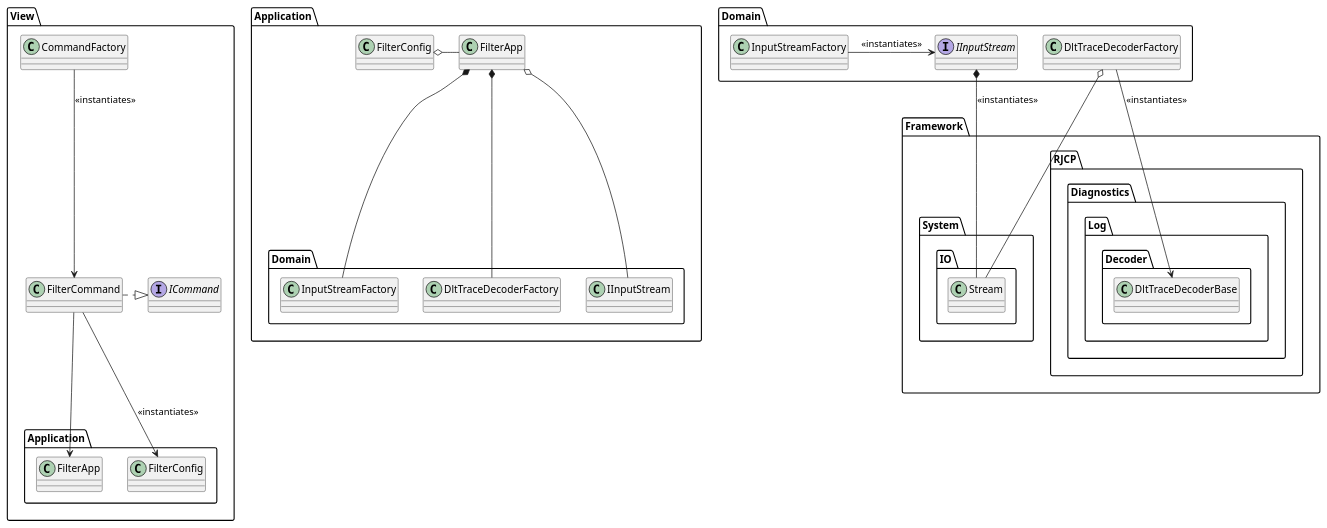
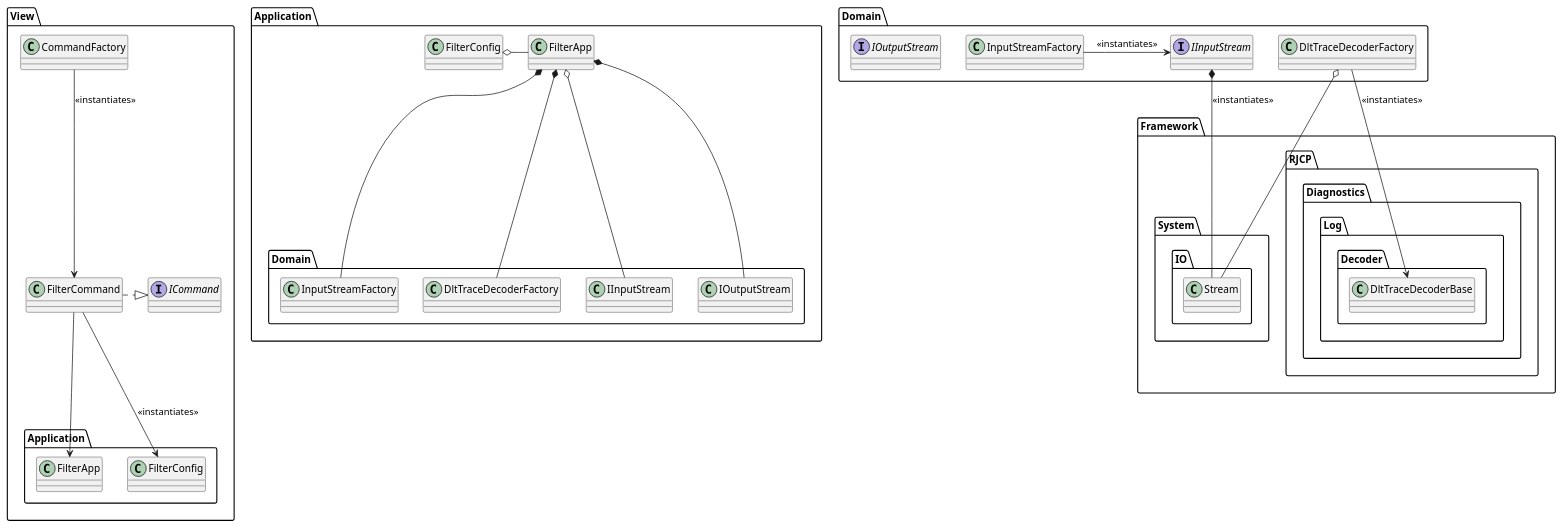
One commit to jcurl/RJCP.DLL.Log changed the diagram in apps/DltDump/docs/diagrams/appfilterinit.plantuml. Above: the diagram before and after it, drawn with PlantUML. The commit also changed 8 other files, not shown here.

```diff
--- a/apps/DltDump/docs/diagrams/appfilterinit.plantuml
+++ b/apps/DltDump/docs/diagrams/appfilterinit.plantuml
@@ -1,52 +1,54 @@
 @startuml App.Filter.Initialization
 
 namespace View {
     class CommandFactory
 
     interface ICommand
     class FilterCommand
 
     ICommand <|.l.FilterCommand
 
     CommandFactory --> FilterCommand : <<instantiates>>
 
     FilterCommand --> Application.FilterApp
     FilterCommand --> Application.FilterConfig : <<instantiates>>
 }
 
 'View.HelpCommand --> Framework.System.Console
 
 namespace Application {
     class FilterApp
     class FilterConfig
 
     FilterConfig o-r- FilterApp
 
     FilterApp *-d- Domain.InputStreamFactory
     FilterApp *-d- Domain.DltTraceDecoderFactory
     FilterApp o-d- Domain.IInputStream
+    FilterApp *-d- Domain.IOutputStream
 }
 
 namespace Domain {
     class InputStreamFactory
     interface IInputStream
     class DltTraceDecoderFactory
+    interface IOutputStream
 
     InputStreamFactory -r-> IInputStream : <<instantiates>>
 }
 
 namespace Framework {
     namespace System.IO {
         class Stream
     }
 
     namespace RJCP.Diagnostics.Log.Decoder {
         class DltTraceDecoderBase
     }
 
     Domain.IInputStream *-d- System.IO.Stream : <<instantiates>>
     Domain.DltTraceDecoderFactory --> RJCP.Diagnostics.Log.Decoder.DltTraceDecoderBase : <<instantiates>>
     Domain.DltTraceDecoderFactory o-d- System.IO.Stream
 }
 
 @enduml
```
